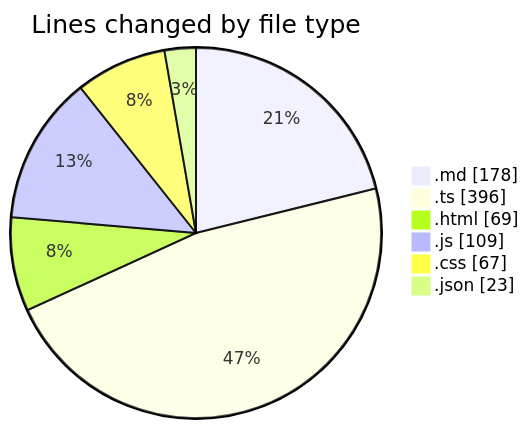
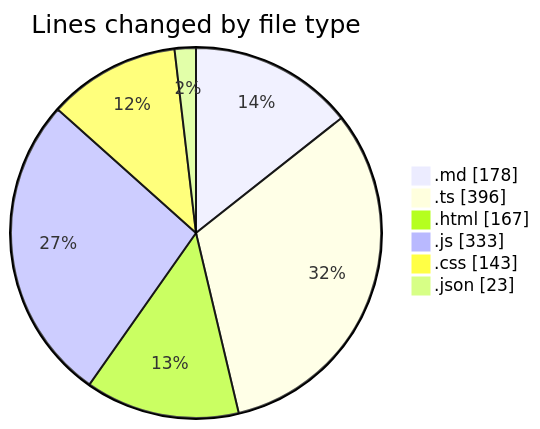
The first of 2 diagrams in 2025-01-04/my-code-activity-ext/README.md (ernivani/code-tracking), drawn with Mermaid before and after one commit. The commit also changed other lines of this file and 1 other file, not shown here.

````diff
--- a/2025-01-04/my-code-activity-ext/README.md
+++ b/2025-01-04/my-code-activity-ext/README.md
@@ -30,10 +31,10 @@
 ```mermaid
 pie showData
 title Lines changed by file type
 ".md" : 178
 ".ts" : 396
-".html" : 69
-".js" : 109
-".css" : 67
+".html" : 167
+".js" : 333
+".css" : 143
 ".json" : 23
 ```
````
